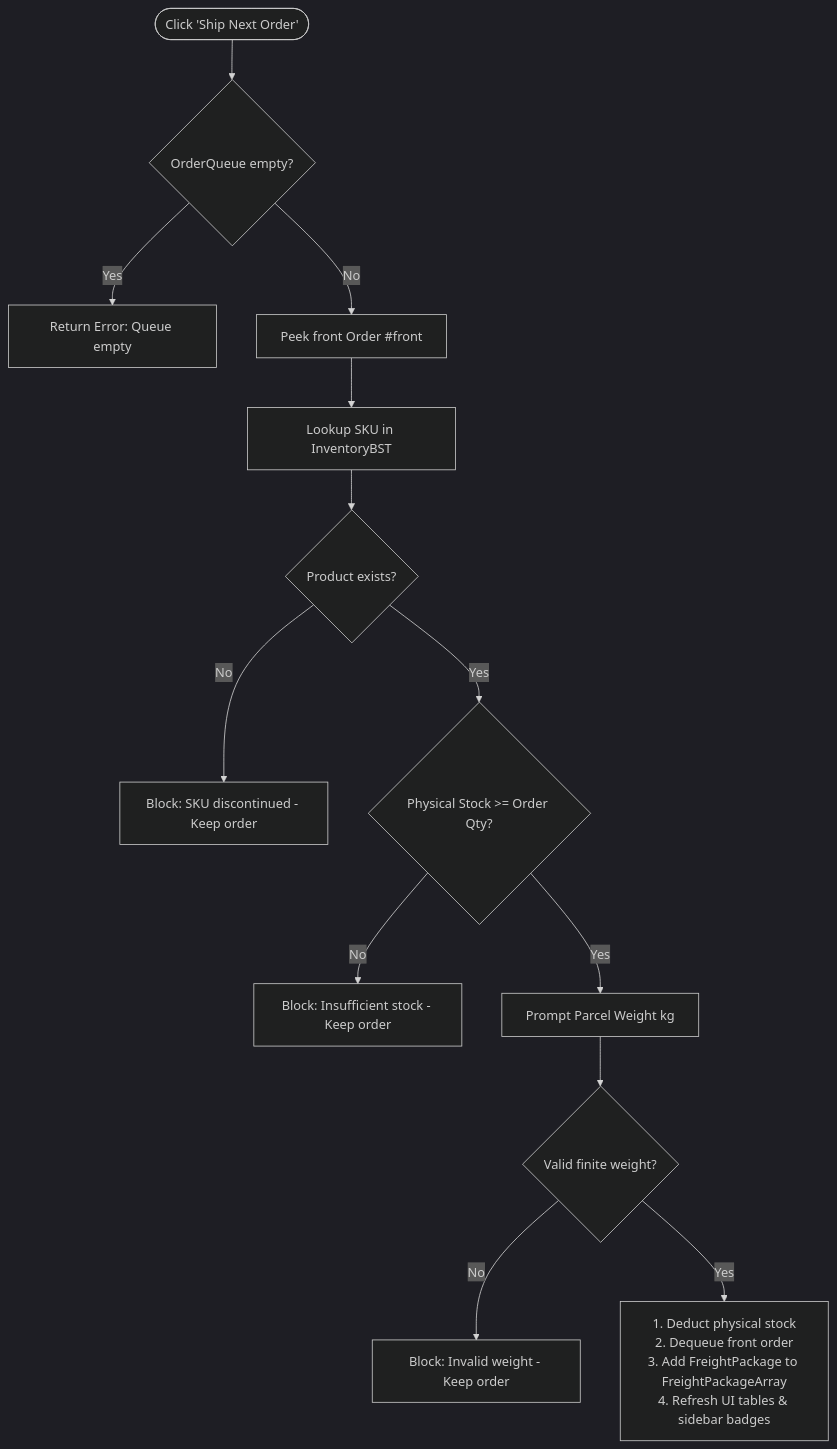
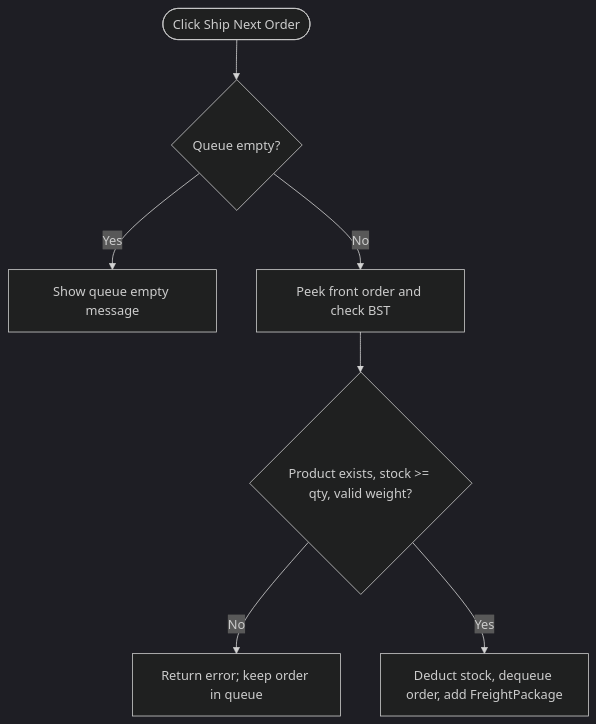
One commit to JeptahIldefonso/Group1_E-Commerce_Logistics-Hub changed the second of 3 diagrams in docs/TECHNICAL_DOCUMENTATION.md. Above: the diagram before and after it, drawn with Mermaid (dark theme). The commit also changed other lines of this file and 2 other files, not shown here.

Commit message:
docs: rewrite README and technical documentation in plain, natural language with visual diagrams

````diff
--- a/docs/TECHNICAL_DOCUMENTATION.md
+++ b/docs/TECHNICAL_DOCUMENTATION.md
@@ -253,15 +167,9 @@
 ```mermaid
 flowchart TD
-    S([Click 'Ship Next Order']) --> E{OrderQueue empty?}
-    E -->|Yes| E1[Return Error: Queue empty]
-    E -->|No| P[Peek front Order #front]
-    P --> L[Lookup SKU in InventoryBST]
-    L --> X{Product exists?}
-    X -->|No| X1[Block: SKU discontinued - Keep order]
-    X -->|Yes| Q{Physical Stock >= Order Qty?}
-    Q -->|No| Q1[Block: Insufficient stock - Keep order]
-    Q -->|Yes| W[Prompt Parcel Weight kg]
-    W --> WV{Valid finite weight?}
-    WV -->|No| W1[Block: Invalid weight - Keep order]
-    WV -->|Yes| C[1. Deduct physical stock\n2. Dequeue front order\n3. Add FreightPackage to FreightPackageArray\n4. Refresh UI tables & sidebar badges]
+    S([Click Ship Next Order]) --> E{Queue empty?}
+    E -->|Yes| ERR[Show queue empty message]
+    E -->|No| P[Peek front order and check BST]
+    P --> V{Product exists, stock >= qty, valid weight?}
+    V -->|No| FAIL[Return error; keep order in queue]
+    V -->|Yes| OK[Deduct stock, dequeue order, add FreightPackage]
 ```
````
